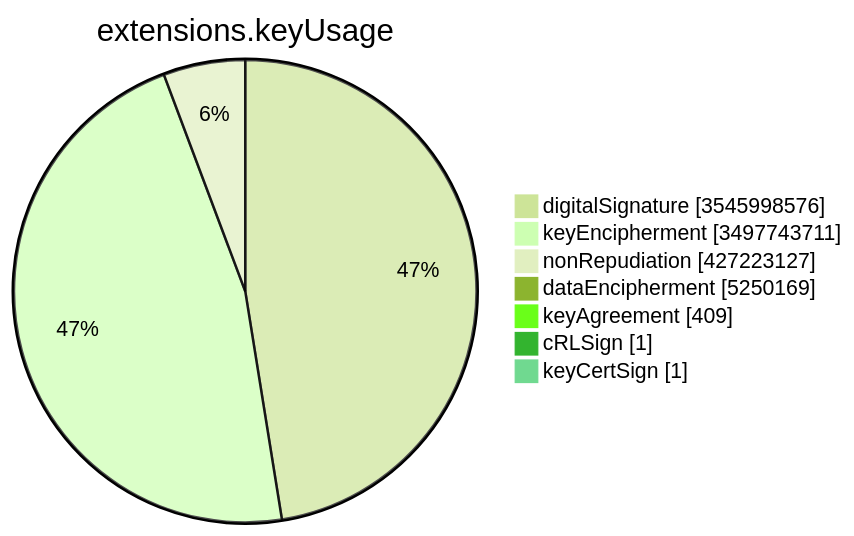
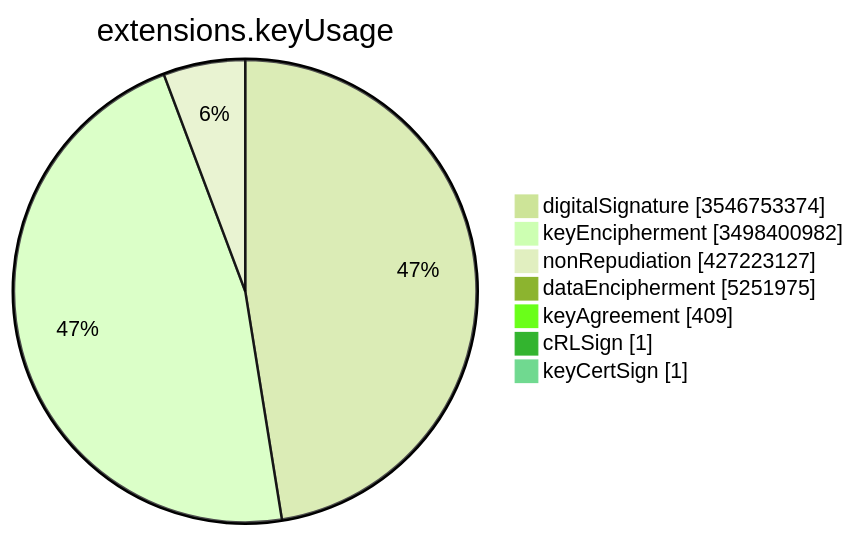
One commit to christiankrug/ctmonitor_visualization changed the sixth of 15 diagrams in TOTAL/README.md. Above: the diagram before and after it, drawn with Mermaid (forest theme). The commit also changed other lines of this file, not shown here.

````diff
--- a/TOTAL/README.md
+++ b/TOTAL/README.md
@@ -3083,11 +3083,11 @@
 ```mermaid
 pie showData
 title extensions.keyUsage
-"digitalSignature" :3545998576
-"keyEncipherment" :3497743711
+"digitalSignature" :3546753374
+"keyEncipherment" :3498400982
 "nonRepudiation" :427223127
-"dataEncipherment" :5250169
+"dataEncipherment" :5251975
 "keyAgreement" :409
 "cRLSign" :1
 "keyCertSign" :1
 ```
````
